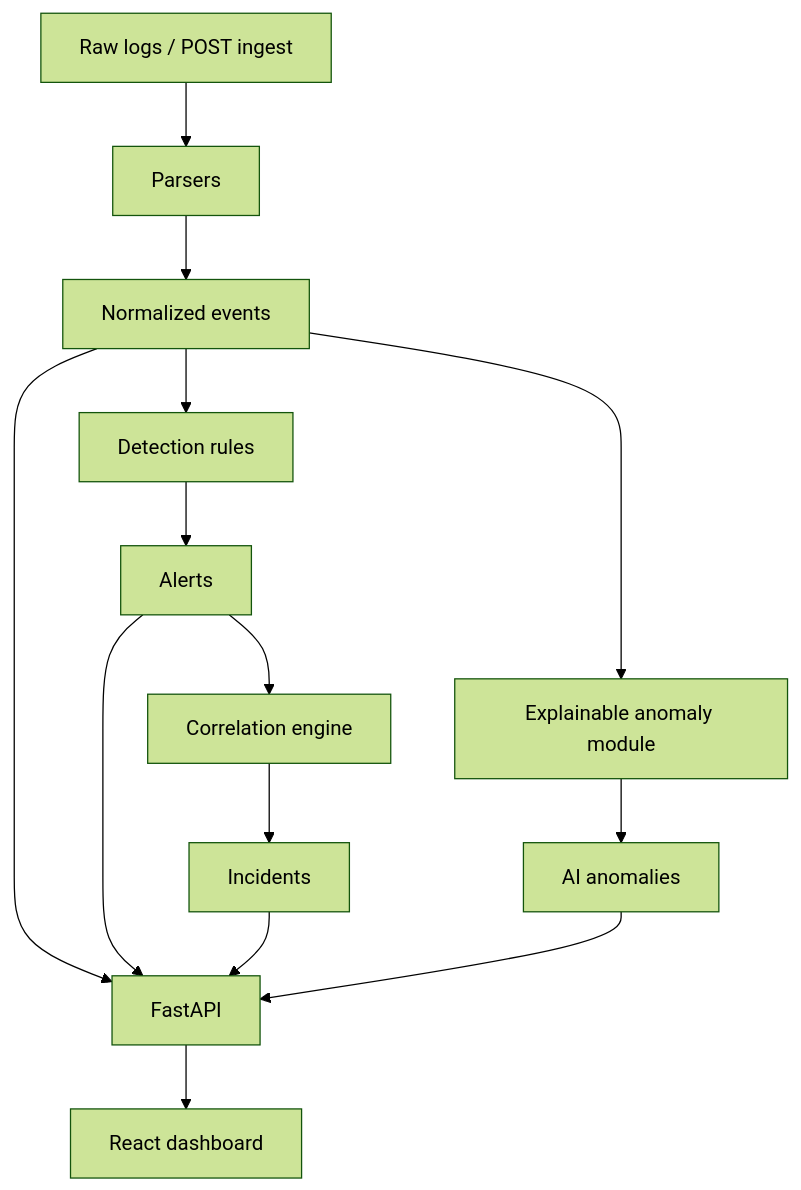
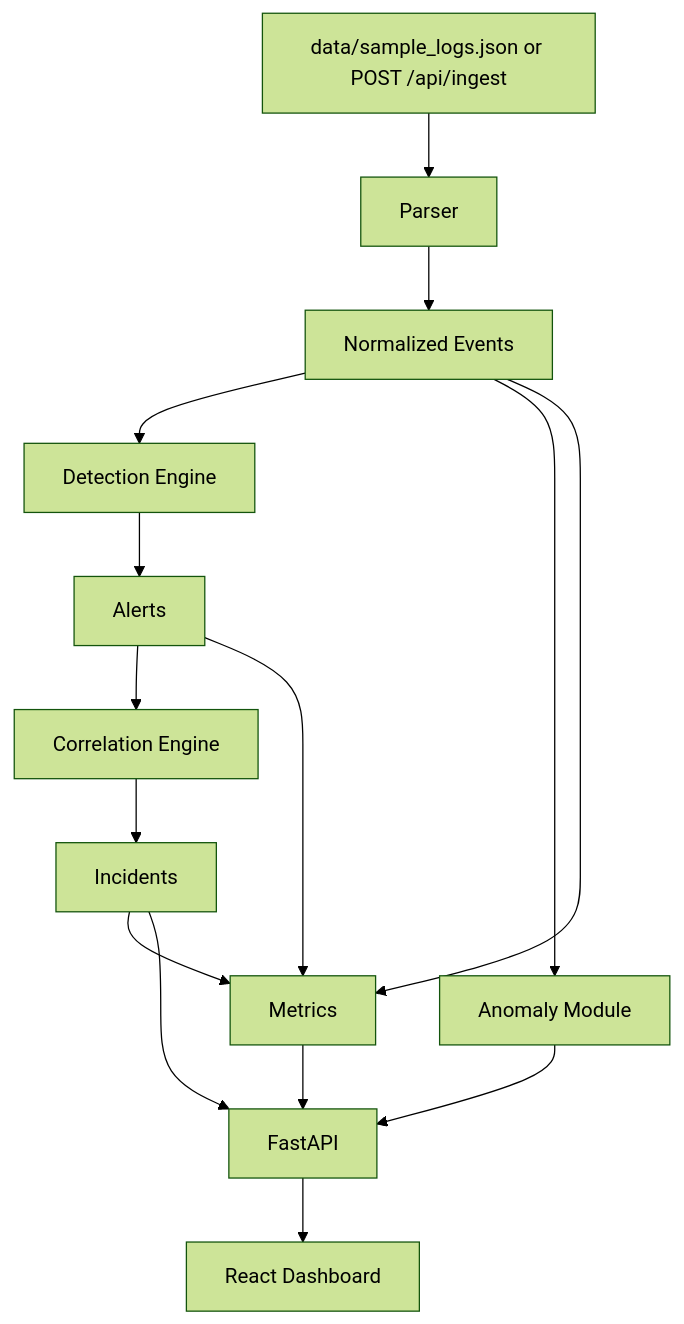
One commit to Adam-Ghanem/ai-siem changed the diagram in README.md. Above: the diagram before and after it, drawn with Mermaid (forest theme). The commit also changed other lines of this file and 1 other file, not shown here.

````diff
--- a/README.md
+++ b/README.md
@@ -22,16 +17,17 @@
 ```mermaid
 flowchart TD
-  A[Raw logs / POST ingest] --> B[Parsers]
-  B --> C[Normalized events]
-  C --> D[Detection rules]
+  A[data/sample_logs.json or POST /api/ingest] --> B[Parser]
+  B --> C[Normalized Events]
+  C --> D[Detection Engine]
   D --> E[Alerts]
-  E --> F[Correlation engine]
+  E --> F[Correlation Engine]
   F --> G[Incidents]
-  C --> H[Explainable anomaly module]
-  H --> I[AI anomalies]
-  C --> J[FastAPI]
-  E --> J
-  G --> J
+  C --> H[Anomaly Module]
+  C --> I[Metrics]
+  E --> I
+  G --> I
+  G --> J[FastAPI]
+  H --> J
   I --> J
-  J --> K[React dashboard]
+  J --> K[React Dashboard]
 ```
````
